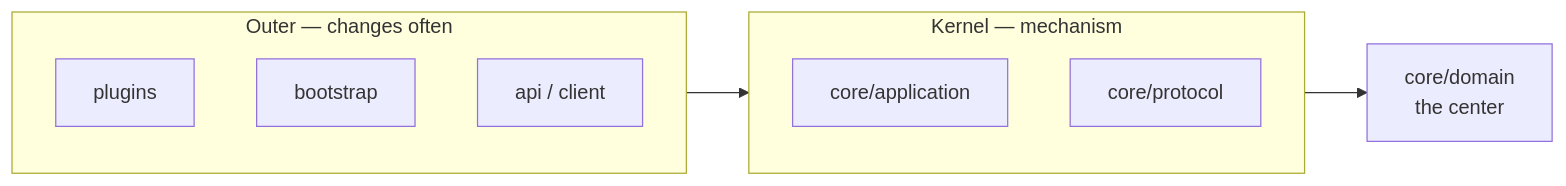
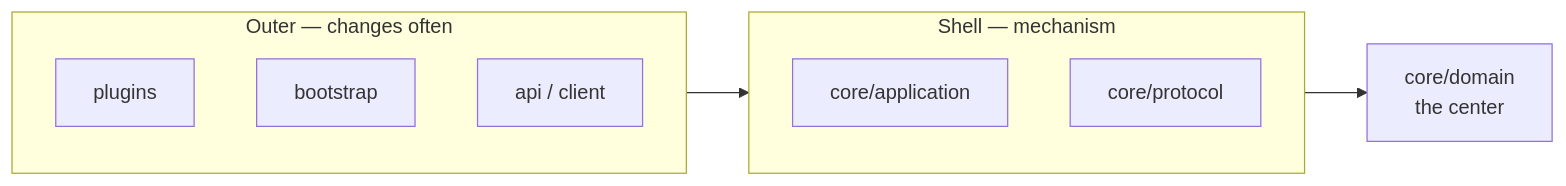
The third of 5 diagrams in README.md (GOODDAYDAY/my-harness-desktop), drawn with Mermaid before and after one commit. The commit also changed other lines of this file and 1 other file, not shown here.

````diff
--- a/README.md
+++ b/README.md
@@ -160,14 +165,14 @@
 ```mermaid
 flowchart LR
     subgraph outer[Outer — changes often]
         P[plugins]
         B[bootstrap]
         C[api / client]
     end
-    subgraph mid[Kernel — mechanism]
+    subgraph mid[Shell — mechanism]
         A[core/application]
         R[core/protocol]
     end
     D[core/domain<br/>the center]
     outer --> mid --> D
 ```
````
